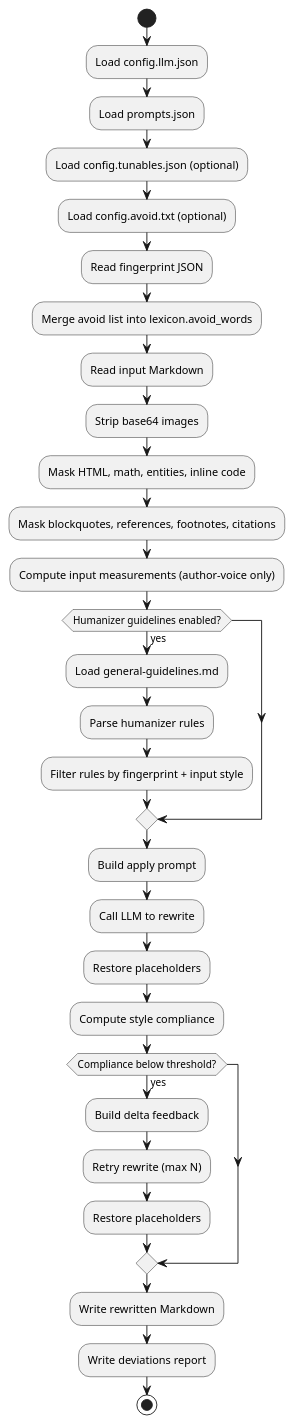
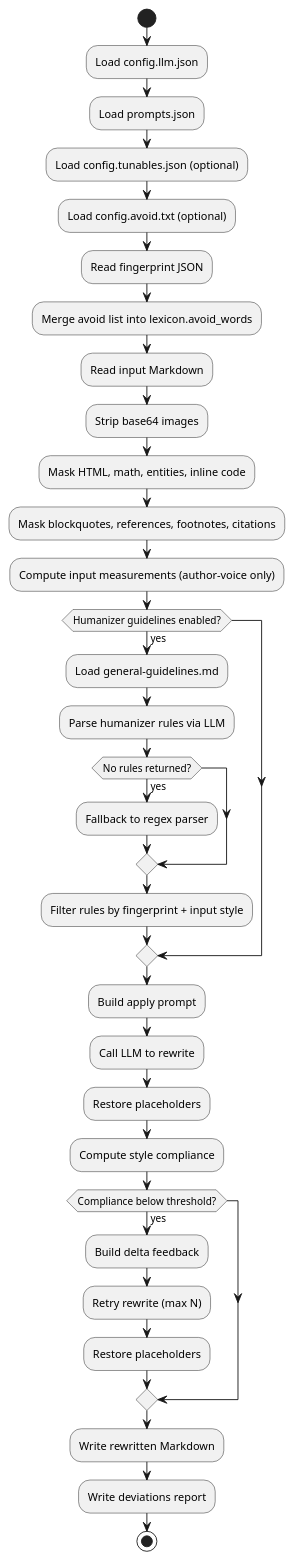
One commit to ngpepin/stylometric-transfer changed the second of 3 diagrams in UML-Apply.md. Above: the diagram before and after it, drawn with PlantUML. The commit also changed other lines of this file and 6 other files, not shown here.

Commit message:
feat: enhance humanizer guidelines parsing with LLM integration and fallback options

````diff
--- a/UML-Apply.md
+++ b/UML-Apply.md
@@ -74,40 +76,43 @@
 ```plantuml
 @startuml
 start
 :Load config.llm.json;
 :Load prompts.json;
 :Load config.tunables.json (optional);
 :Load config.avoid.txt (optional);
 
 :Read fingerprint JSON;
 :Merge avoid list into lexicon.avoid_words;
 :Read input Markdown;
 
 :Strip base64 images;
 :Mask HTML, math, entities, inline code;
 :Mask blockquotes, references, footnotes, citations;
 
 :Compute input measurements (author-voice only);
 
 if (Humanizer guidelines enabled?) then (yes)
   :Load general-guidelines.md;
-  :Parse humanizer rules;
+  :Parse humanizer rules via LLM;
+  if (No rules returned?) then (yes)
+    :Fallback to regex parser;
+  endif
   :Filter rules by fingerprint + input style;
 endif
 
 :Build apply prompt;
 :Call LLM to rewrite;
 :Restore placeholders;
 :Compute style compliance;
 
 if (Compliance below threshold?) then (yes)
   :Build delta feedback;
   :Retry rewrite (max N);
   :Restore placeholders;
 endif
 
 :Write rewritten Markdown;
 :Write deviations report;
 stop
 @enduml
 ```
````
